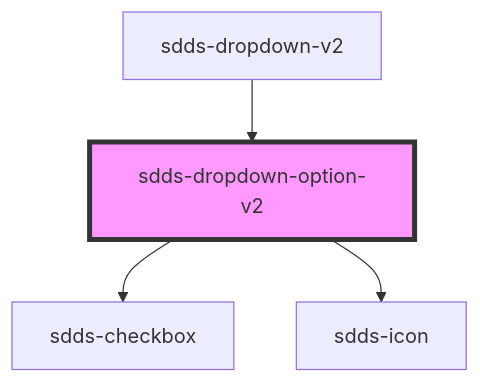
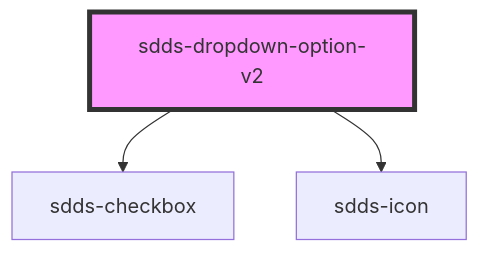
Before and after one commit to scania-digital-design-system/sdds: the diagram in tegel/src/components/dropdown-v2/dropdown-option-v2/readme.md, drawn with Mermaid. The commit also changed other lines of this file and 4 other files, not shown here.

````diff
--- a/tegel/src/components/dropdown-v2/dropdown-option-v2/readme.md
+++ b/tegel/src/components/dropdown-v2/dropdown-option-v2/readme.md
@@ -50,7 +46,6 @@
 ```mermaid
 graph TD;
   sdds-dropdown-option-v2 --> sdds-checkbox
   sdds-dropdown-option-v2 --> sdds-icon
-  sdds-dropdown-v2 --> sdds-dropdown-option-v2
   style sdds-dropdown-option-v2 fill:#f9f,stroke:#333,stroke-width:4px
 ```
````
